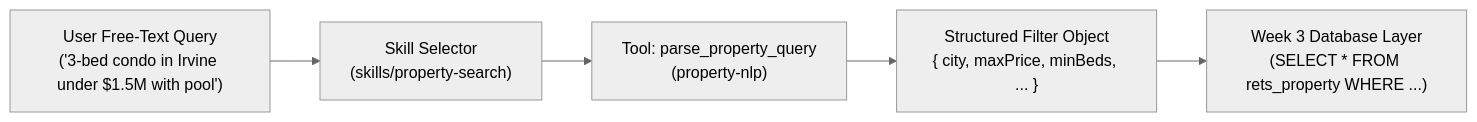
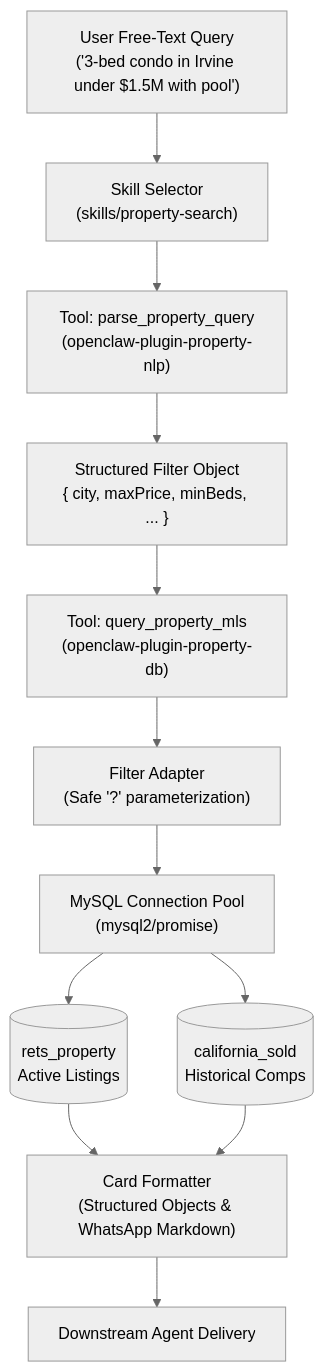
The third of 3 diagrams in docs/architecture.md (mnarla/IDX-Exchange-Agentic-AI), drawn with Mermaid (neutral theme) before and after one commit. The commit also changed other lines of this file and 2 other files, not shown here.

Commit message:
week 3: update skill, architecture docs, and readme

````diff
--- a/docs/architecture.md
+++ b/docs/architecture.md
@@ -111,7 +111,14 @@
 ```mermaid
-flowchart LR
+flowchart TD
     Query["User Free-Text Query<br/>('3-bed condo in Irvine under $1.5M with pool')"] --> Skill["Skill Selector<br/>(skills/property-search)"]
-    Skill --> Tool["Tool: parse_property_query<br/>(property-nlp)"]
-    Tool --> Filters["Structured Filter Object<br/>{ city, maxPrice, minBeds, ... }"]
-    Filters --> DB["Week 3 Database Layer<br/>(SELECT * FROM rets_property WHERE ...)"]
+    Skill --> NLP["Tool: parse_property_query<br/>(openclaw-plugin-property-nlp)"]
+    NLP --> Filters["Structured Filter Object<br/>{ city, maxPrice, minBeds, ... }"]
+    Filters --> ToolDB["Tool: query_property_mls<br/>(openclaw-plugin-property-db)"]
+    ToolDB --> Adapter["Filter Adapter<br/>(Safe '?' parameterization)"]
+    Adapter --> Pool["MySQL Connection Pool<br/>(mysql2/promise)"]
+    Pool --> ActiveDB[("rets_property<br/>Active Listings")]
+    Pool --> SoldDB[("california_sold<br/>Historical Comps")]
+    ActiveDB --> Formatter["Card Formatter<br/>(Structured Objects & WhatsApp Markdown)"]
+    SoldDB --> Formatter
+    Formatter --> Agent["Downstream Agent Delivery"]
 ```
````
